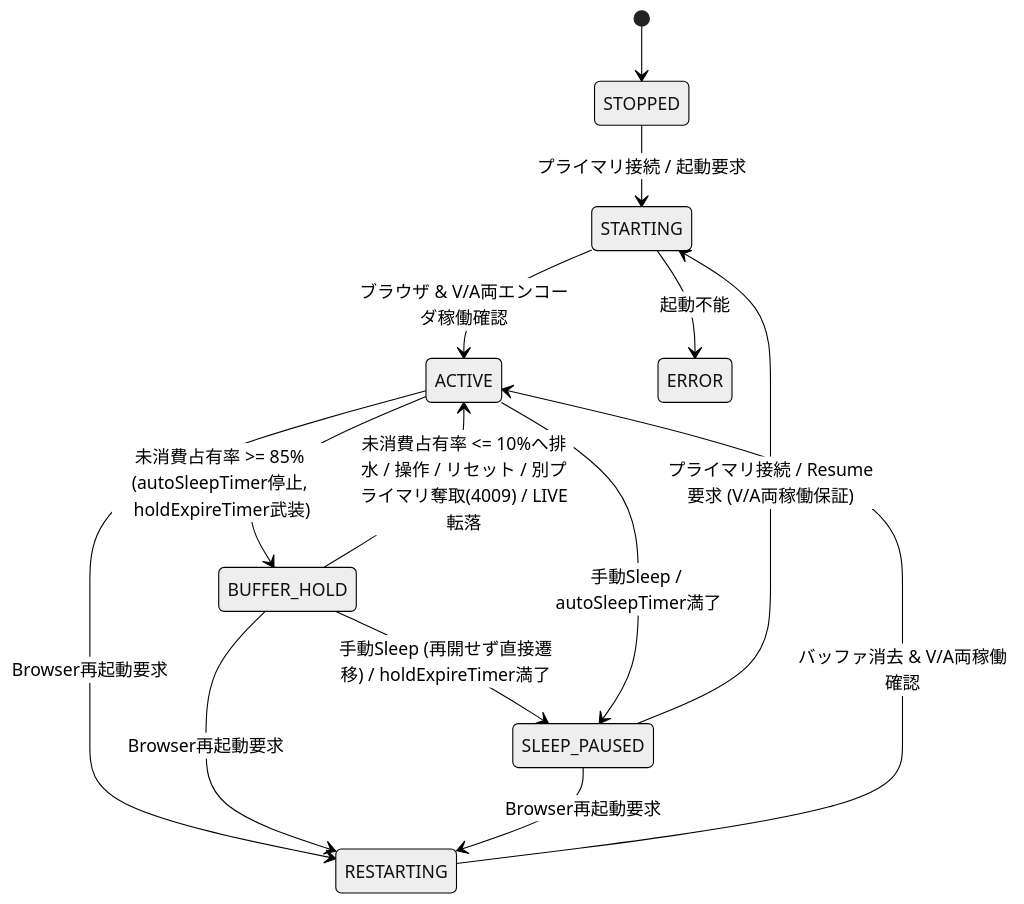
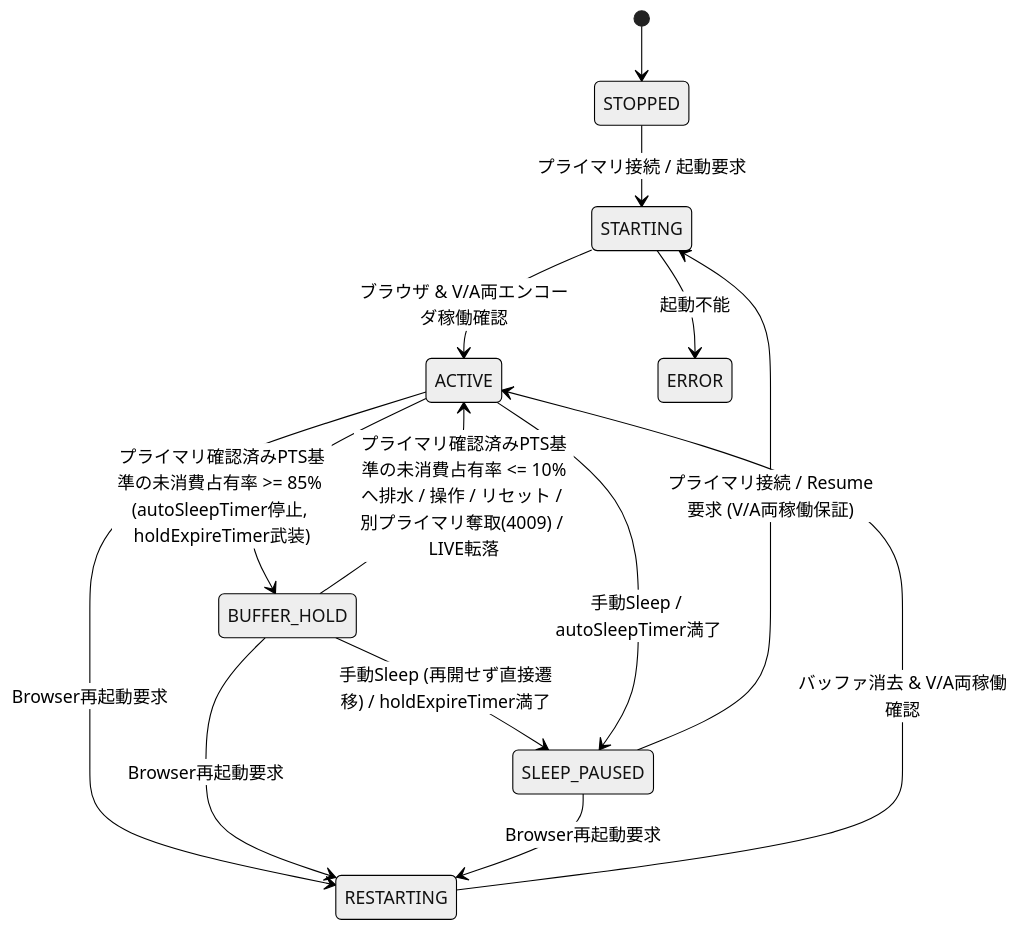
One commit to RanasGenoa/Tesroid changed the second of 4 diagrams in docs/architecture.md. Above: the diagram before and after it, drawn with Mermaid (neutral theme). The commit also changed other lines of this file and 18 other files, not shown here.

````diff
--- a/docs/architecture.md
+++ b/docs/architecture.md
@@ -202,19 +202,19 @@
 ```mermaid
 stateDiagram-v2
   [*] --> STOPPED
   STOPPED --> STARTING: プライマリ接続 / 起動要求
   STARTING --> ACTIVE: ブラウザ & V/A両エンコーダ稼働確認
   STARTING --> ERROR: 起動不能
 
-  ACTIVE --> BUFFER_HOLD: 未消費占有率 >= 85% (autoSleepTimer停止, holdExpireTimer武装)
-  BUFFER_HOLD --> ACTIVE: 未消費占有率 <= 10%へ排水 / 操作 / リセット / 別プライマリ奪取(4009) / LIVE転落
+  ACTIVE --> BUFFER_HOLD: プライマリ確認済みPTS基準の未消費占有率 >= 85% (autoSleepTimer停止, holdExpireTimer武装)
+  BUFFER_HOLD --> ACTIVE: プライマリ確認済みPTS基準の未消費占有率 <= 10%へ排水 / 操作 / リセット / 別プライマリ奪取(4009) / LIVE転落
   BUFFER_HOLD --> SLEEP_PAUSED: 手動Sleep (再開せず直接遷移) / holdExpireTimer満了
 
   ACTIVE --> SLEEP_PAUSED: 手動Sleep / autoSleepTimer満了
   SLEEP_PAUSED --> STARTING: プライマリ接続 / Resume要求 (V/A両稼働保証)
 
   ACTIVE --> RESTARTING: Browser再起動要求
   BUFFER_HOLD --> RESTARTING: Browser再起動要求
   SLEEP_PAUSED --> RESTARTING: Browser再起動要求
   RESTARTING --> ACTIVE: バッファ消去 & V/A両稼働確認
 ```
````
